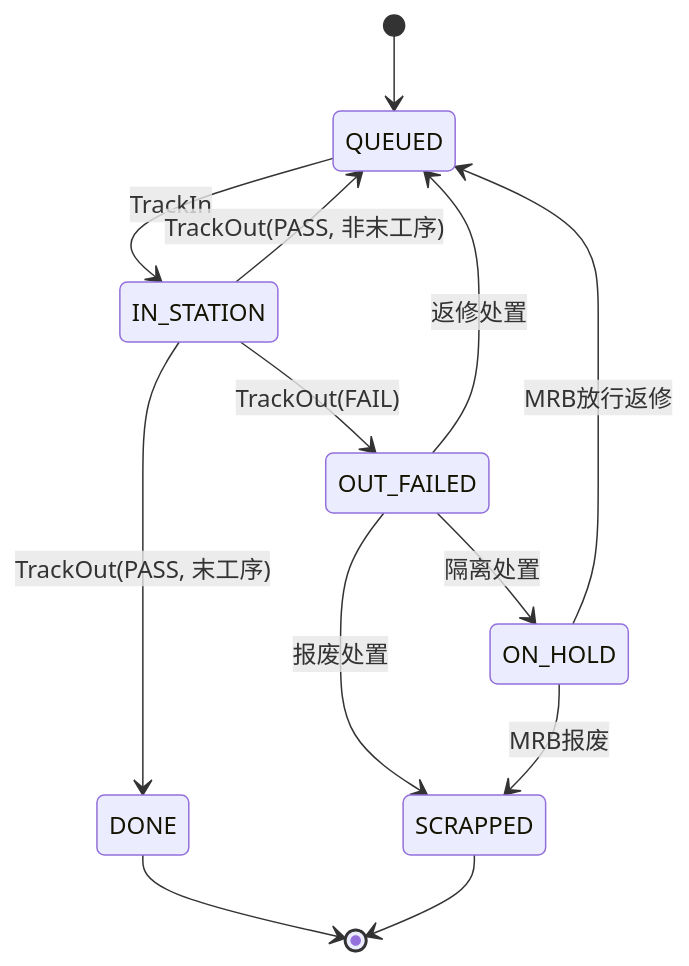
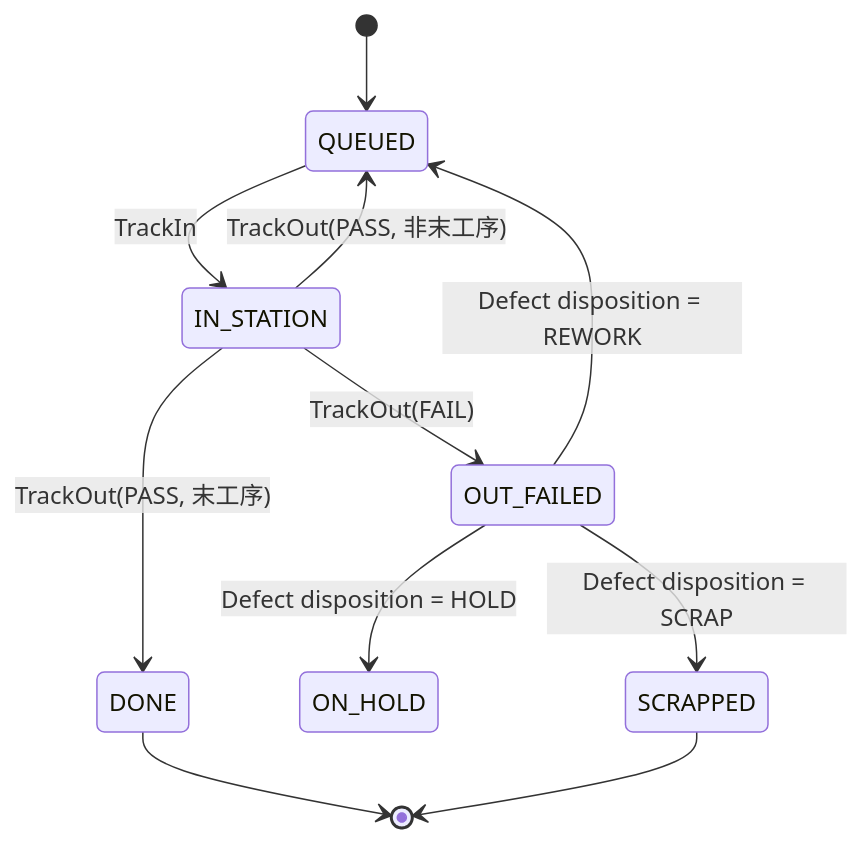
One commit to catoncat/better changed the fifth of 5 diagrams in domain_docs/mes/spec/process/02_state_machines.md. Above: the diagram before and after it, drawn with Mermaid. The commit also changed other lines of this file and 13 other files, not shown here.

````diff
--- a/domain_docs/mes/spec/process/02_state_machines.md
+++ b/domain_docs/mes/spec/process/02_state_machines.md
@@ -112,18 +112,15 @@
 ```mermaid
 stateDiagram-v2
   [*] --> QUEUED
   QUEUED --> IN_STATION: TrackIn
   IN_STATION --> OUT_FAILED: TrackOut(FAIL)
   IN_STATION --> QUEUED: TrackOut(PASS, 非末工序)
   IN_STATION --> DONE: TrackOut(PASS, 末工序)
 
-  OUT_FAILED --> ON_HOLD: 隔离处置
-  OUT_FAILED --> SCRAPPED: 报废处置
-  OUT_FAILED --> QUEUED: 返修处置
-
-  ON_HOLD --> QUEUED: MRB放行返修
-  ON_HOLD --> SCRAPPED: MRB报废
+  OUT_FAILED --> ON_HOLD: Defect disposition = HOLD
+  OUT_FAILED --> SCRAPPED: Defect disposition = SCRAP
+  OUT_FAILED --> QUEUED: Defect disposition = REWORK
 
   DONE --> [*]
   SCRAPPED --> [*]
 ```
````
